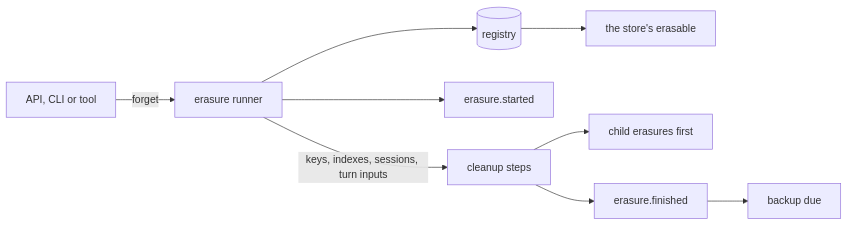
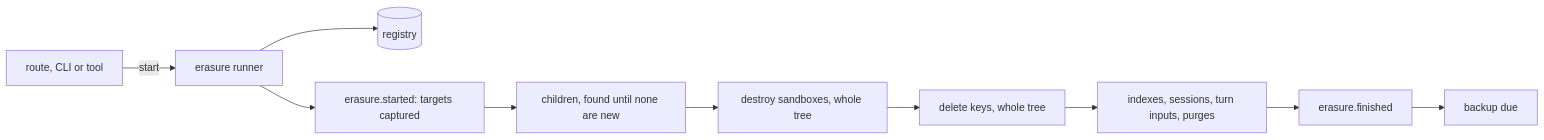
One commit to zgeoff/nixie changed the diagram in docs/design/queue/erasure.md. Above: the diagram before and after it, drawn with Mermaid. The commit also changed other lines of this file, not shown here.

Commit message:
docs(design): answer the review and the builder test on erasure

````diff
--- a/docs/design/queue/erasure.md
+++ b/docs/design/queue/erasure.md
@@ -19,11 +19,12 @@
 ```mermaid
 flowchart LR
-  call[API, CLI or tool] -->|"forget"| runner[erasure runner]
+  call[route, CLI or tool] -->|"start"| runner[erasure runner]
   runner --> reg[(registry)]
-  reg --> store[the store's erasable]
-  runner --> rec1[erasure.started]
-  runner -->|"keys, indexes, sessions, turn inputs"| clean[cleanup steps]
-  clean --> child[child erasures first]
+  runner --> rec1[erasure.started: targets captured]
+  rec1 --> tree[children, found until none are new]
+  tree --> sandboxes[destroy sandboxes, whole tree]
+  sandboxes --> keys[delete keys, whole tree]
+  keys --> clean[indexes, sessions, turn inputs, purges]
   clean --> rec2[erasure.finished]
   rec2 --> backup[backup due]
 ```
````
